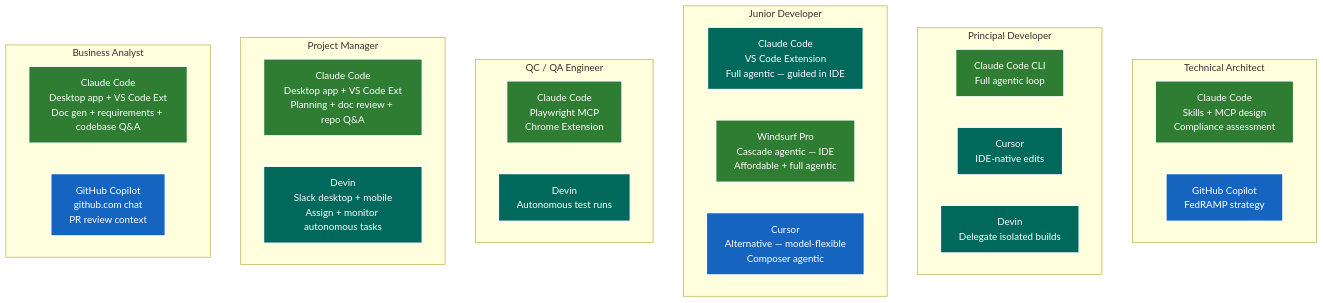
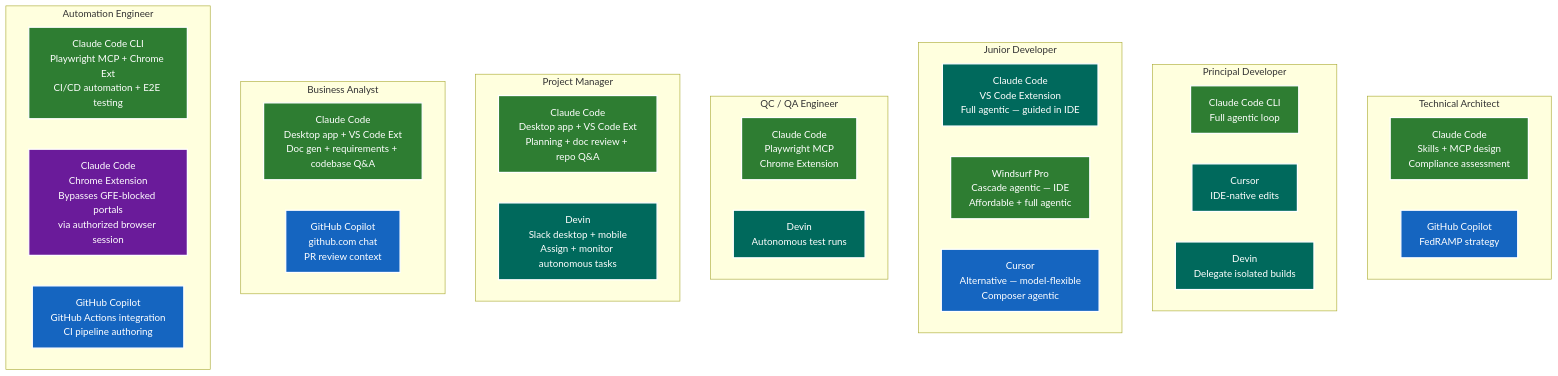
One commit to adourish/whitepapers changed the tenth of 10 diagrams in 01_Projects/TEG-AoA-AI-Coding-Tools-v1.0.md. Above: the diagram before and after it, drawn with Mermaid. The commit also changed other lines of this file, not shown here.

First line of the commit message:
Add Automation Engineer persona; browser extension GFE bypass; update Tech Architect

````diff
--- a/01_Projects/TEG-AoA-AI-Coding-Tools-v1.0.md
+++ b/01_Projects/TEG-AoA-AI-Coding-Tools-v1.0.md
@@ -655,49 +660,58 @@
 ```mermaid
 graph TD
     subgraph "Technical Architect"
         TA1["Claude Code\nSkills + MCP design\nCompliance assessment"]
         TA2["GitHub Copilot\nFedRAMP strategy"]
     end
 
     subgraph "Principal Developer"
         PD1["Claude Code CLI\nFull agentic loop"]
         PD2["Cursor\nIDE-native edits"]
         PD3["Devin\nDelegate isolated builds"]
     end
 
     subgraph "Junior Developer"
         JD1["Claude Code\nVS Code Extension\nFull agentic — guided in IDE"]
         JD2["Windsurf Pro\nCascade agentic — IDE\nAffordable + full agentic"]
         JD3["Cursor\nAlternative — model-flexible\nComposer agentic"]
     end
 
     subgraph "QC / QA Engineer"
         QC1["Claude Code\nPlaywright MCP\nChrome Extension"]
         QC2["Devin\nAutonomous test runs"]
     end
 
     subgraph "Project Manager"
         PM1["Claude Code\nDesktop app + VS Code Ext\nPlanning + doc review + repo Q&A"]
         PM2["Devin\nSlack desktop + mobile\nAssign + monitor autonomous tasks"]
     end
 
     subgraph "Business Analyst"
         BA1["Claude Code\nDesktop app + VS Code Ext\nDoc gen + requirements + codebase Q&A"]
         BA2["GitHub Copilot\ngithub.com chat\nPR review context"]
     end
 
+    subgraph "Automation Engineer"
+        AE1["Claude Code CLI\nPlaywright MCP + Chrome Ext\nCI/CD automation + E2E testing"]
+        AE2["Claude Code\nChrome Extension\nBypasses GFE-blocked portals\nvia authorized browser session"]
+        AE3["GitHub Copilot\nGitHub Actions integration\nCI pipeline authoring"]
+    end
+
     style TA1 fill:#2e7d32,stroke:#ffffff,stroke-width:2px,color:#ffffff
     style TA2 fill:#1565c0,stroke:#ffffff,stroke-width:2px,color:#ffffff
     style PD1 fill:#2e7d32,stroke:#ffffff,stroke-width:2px,color:#ffffff
     style PD2 fill:#00695c,stroke:#ffffff,stroke-width:2px,color:#ffffff
     style PD3 fill:#00695c,stroke:#ffffff,stroke-width:2px,color:#ffffff
     style JD1 fill:#00695c,stroke:#ffffff,stroke-width:2px,color:#ffffff
     style JD2 fill:#2e7d32,stroke:#ffffff,stroke-width:2px,color:#ffffff
     style JD3 fill:#1565c0,stroke:#ffffff,stroke-width:2px,color:#ffffff
     style QC1 fill:#2e7d32,stroke:#ffffff,stroke-width:2px,color:#ffffff
     style QC2 fill:#00695c,stroke:#ffffff,stroke-width:2px,color:#ffffff
     style PM1 fill:#2e7d32,stroke:#ffffff,stroke-width:2px,color:#ffffff
     style PM2 fill:#00695c,stroke:#ffffff,stroke-width:2px,color:#ffffff
     style BA1 fill:#2e7d32,stroke:#ffffff,stroke-width:2px,color:#ffffff
     style BA2 fill:#1565c0,stroke:#ffffff,stroke-width:2px,color:#ffffff
+    style AE1 fill:#2e7d32,stroke:#ffffff,stroke-width:2px,color:#ffffff
+    style AE2 fill:#6a1b9a,stroke:#ffffff,stroke-width:2px,color:#ffffff
+    style AE3 fill:#1565c0,stroke:#ffffff,stroke-width:2px,color:#ffffff
 ```
````
